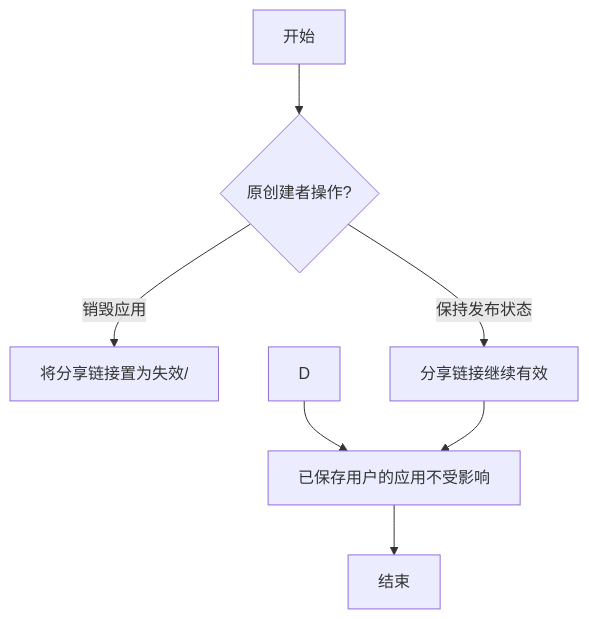
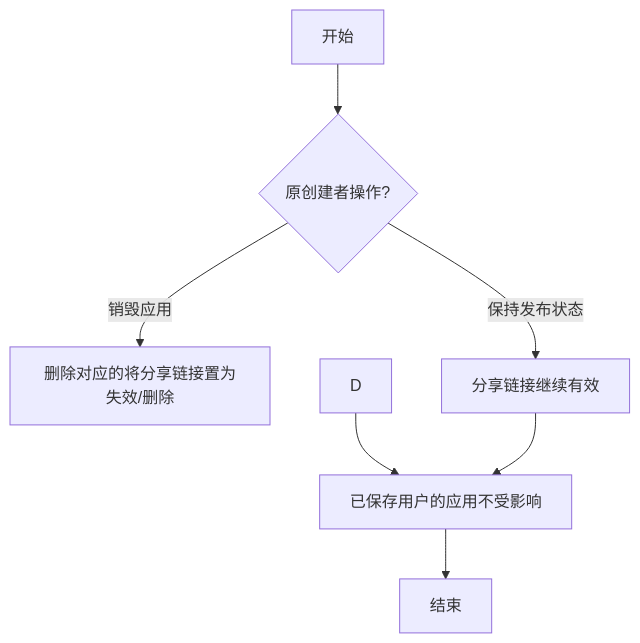
One commit to yingjianzh/iodraw-files changed the diagram in all/未命名-64.md. Above: the diagram before and after it, drawn with Mermaid.

Commit message:
2025-05-21 18:33:12 update

````diff
--- a/all/未命名-64.md
+++ b/all/未命名-64.md
@@ -1,10 +1,10 @@
 ```mermaid
 flowchart TD
     A[开始] --> B{原创建者操作?}
-    B -->|销毁应用| C[将分享链接置为失效/]
+    B -->|销毁应用| C[删除对应的将分享链接置为失效/删除]
    
     B -->|保持发布状态| E[分享链接继续有效]
     D --> F[已保存用户的应用不受影响]
     E --> F
     F --> G[结束]
 ```
````
